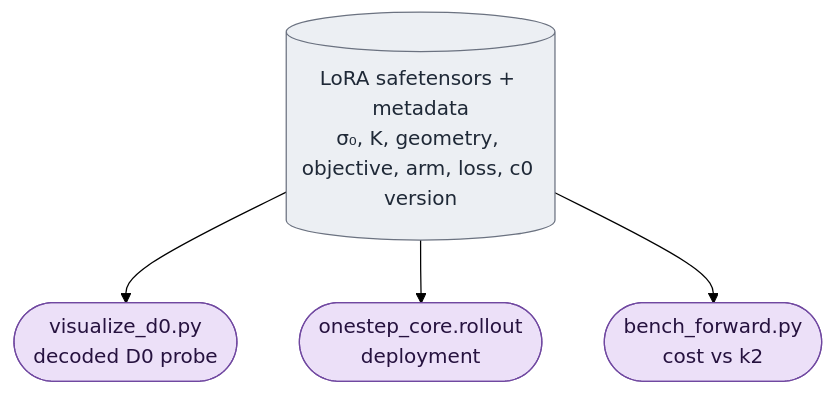
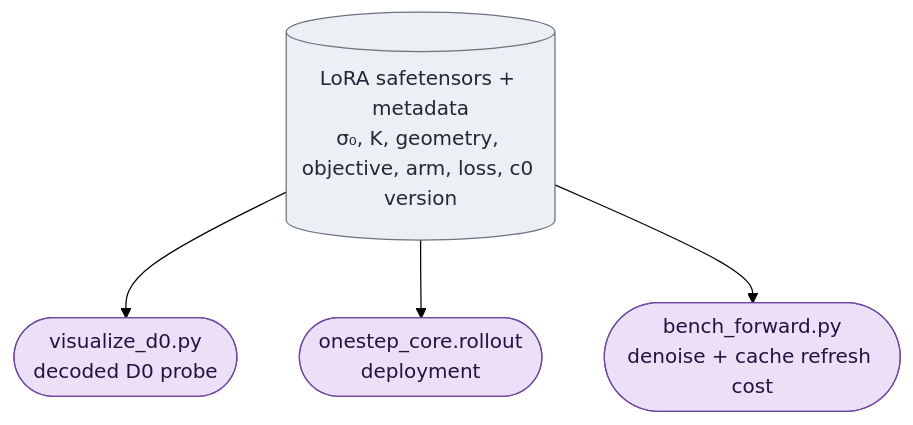
Before and after one commit to AtlantixJJ/LTX-2: the fourth of 4 diagrams in scripts/onestep_avatar/doc/core_algorithm.md, drawn with Mermaid (forest theme). The commit also changed 137 other files, not shown here.

````diff
--- a/scripts/onestep_avatar/doc/core_algorithm.md
+++ b/scripts/onestep_avatar/doc/core_algorithm.md
@@ -421,12 +421,12 @@
 ```mermaid
 flowchart TD
   CKPT[("LoRA safetensors + metadata<br/>σ₀, K, geometry, objective, arm, loss, c0 version")]
   CKPT --> VIS(["visualize_d0.py<br/>decoded D0 probe"])
   CKPT --> DEP(["onestep_core.rollout<br/>deployment"])
-  CKPT --> BENCH(["bench_forward.py<br/>cost vs k2"])
+  CKPT --> BENCH(["bench_forward.py<br/>denoise + cache refresh cost"])
 
   classDef disk fill:#eceff3,stroke:#6b7280,color:#1f2937;
   classDef out fill:#ece0f8,stroke:#7048a0,color:#26123f;
   class CKPT disk;
   class VIS,DEP,BENCH out;
 ```
````
